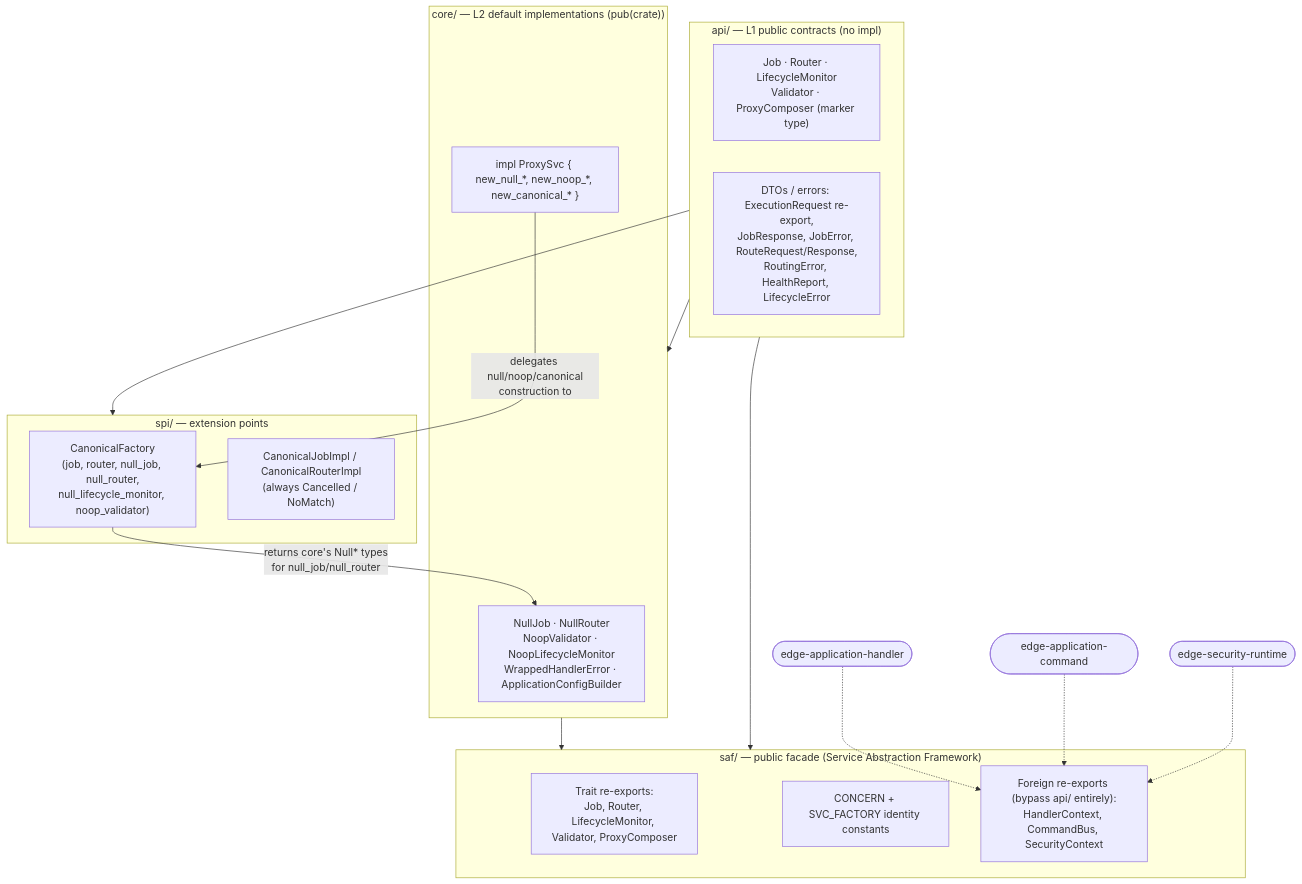
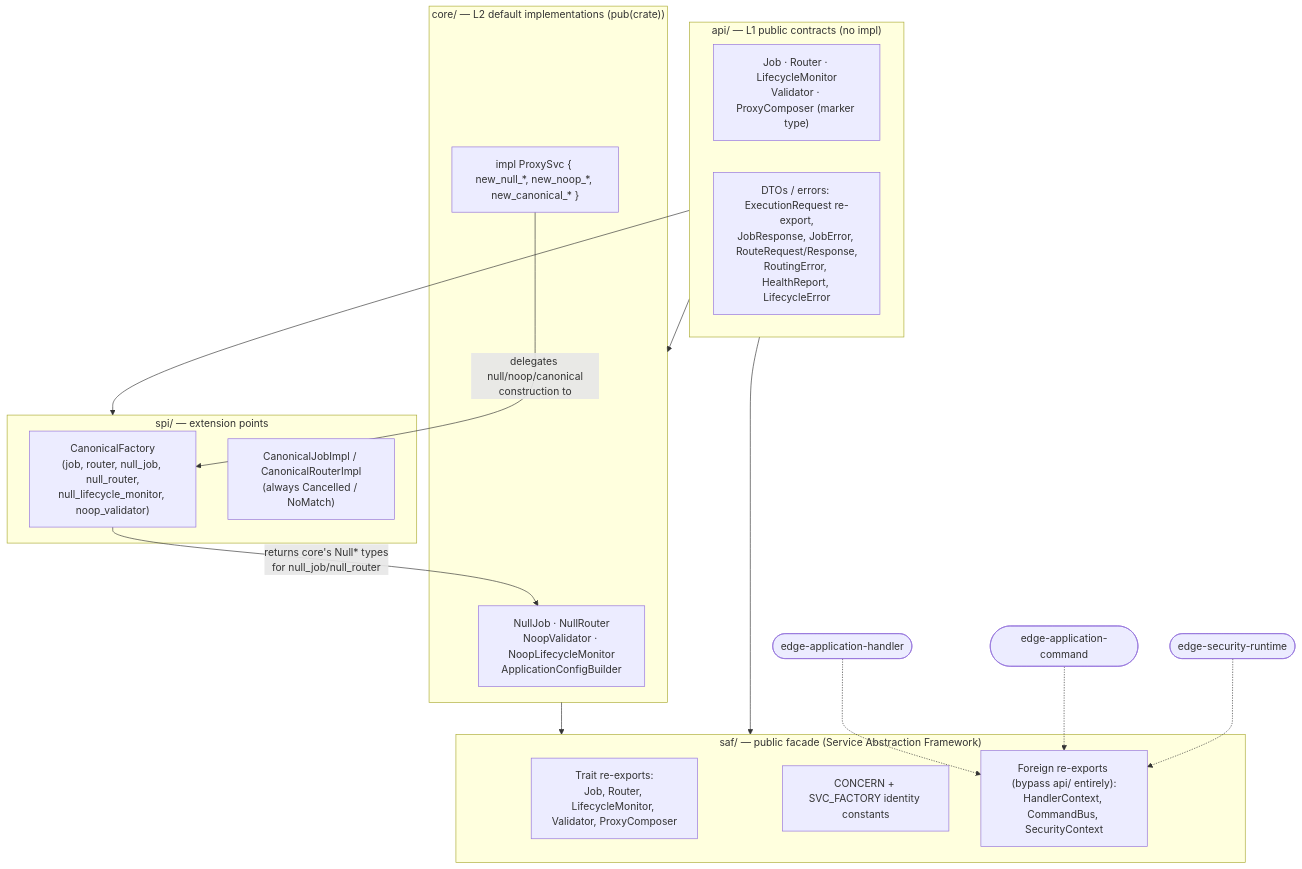
One commit to sweengineeringlabs/edge-proxy changed the first of 4 diagrams in scm/docs/3-design/architecture.md. Above: the diagram before and after it, drawn with Mermaid. The commit also changed other lines of this file and 21 other files, not shown here.

````diff
--- a/scm/docs/3-design/architecture.md
+++ b/scm/docs/3-design/architecture.md
@@ -94,34 +94,34 @@
 ```mermaid
 flowchart TB
     subgraph API["api/ — L1 public contracts (no impl)"]
         ApiTraits["Job · Router · LifecycleMonitor<br/>Validator · ProxyComposer (marker type)"]
         ApiDto["DTOs / errors: ExecutionRequest re-export,<br/>JobResponse, JobError, RouteRequest/Response,<br/>RoutingError, HealthReport, LifecycleError"]
     end
 
     subgraph CORE["core/ — L2 default implementations (pub(crate))"]
-        CoreImpls["NullJob · NullRouter<br/>NoopValidator · NoopLifecycleMonitor<br/>WrappedHandlerError · ApplicationConfigBuilder"]
+        CoreImpls["NullJob · NullRouter<br/>NoopValidator · NoopLifecycleMonitor<br/>ApplicationConfigBuilder"]
         CoreFactory["impl ProxySvc { new_null_*, new_noop_*, new_canonical_* }"]
     end
 
     subgraph SPI["spi/ — extension points"]
         SpiFactory["CanonicalFactory<br/>(job, router, null_job, null_router,<br/>null_lifecycle_monitor, noop_validator)"]
         SpiImpls["CanonicalJobImpl / CanonicalRouterImpl<br/>(always Cancelled / NoMatch)"]
     end
 
     subgraph SAF["saf/ — public facade (Service Abstraction Framework)"]
         SafTraits["Trait re-exports:<br/>Job, Router, LifecycleMonitor, Validator, ProxyComposer"]
         SafConst["CONCERN + SVC_FACTORY identity constants"]
         SafForeign["Foreign re-exports (bypass api/ entirely):<br/>HandlerContext, CommandBus, SecurityContext"]
     end
 
     API --> CORE
     API --> SPI
     CoreFactory -- "delegates null/noop/canonical<br/>construction to" --> SpiFactory
     SpiFactory -- "returns core's Null* types<br/>for null_job/null_router" --> CoreImpls
     CORE --> SAF
     API --> SAF
 
     Upstream1(["edge-application-handler"]) -.-> SafForeign
     Upstream2(["edge-application-command"]) -.-> SafForeign
     Upstream3(["edge-security-runtime"]) -.-> SafForeign
 ```
````
